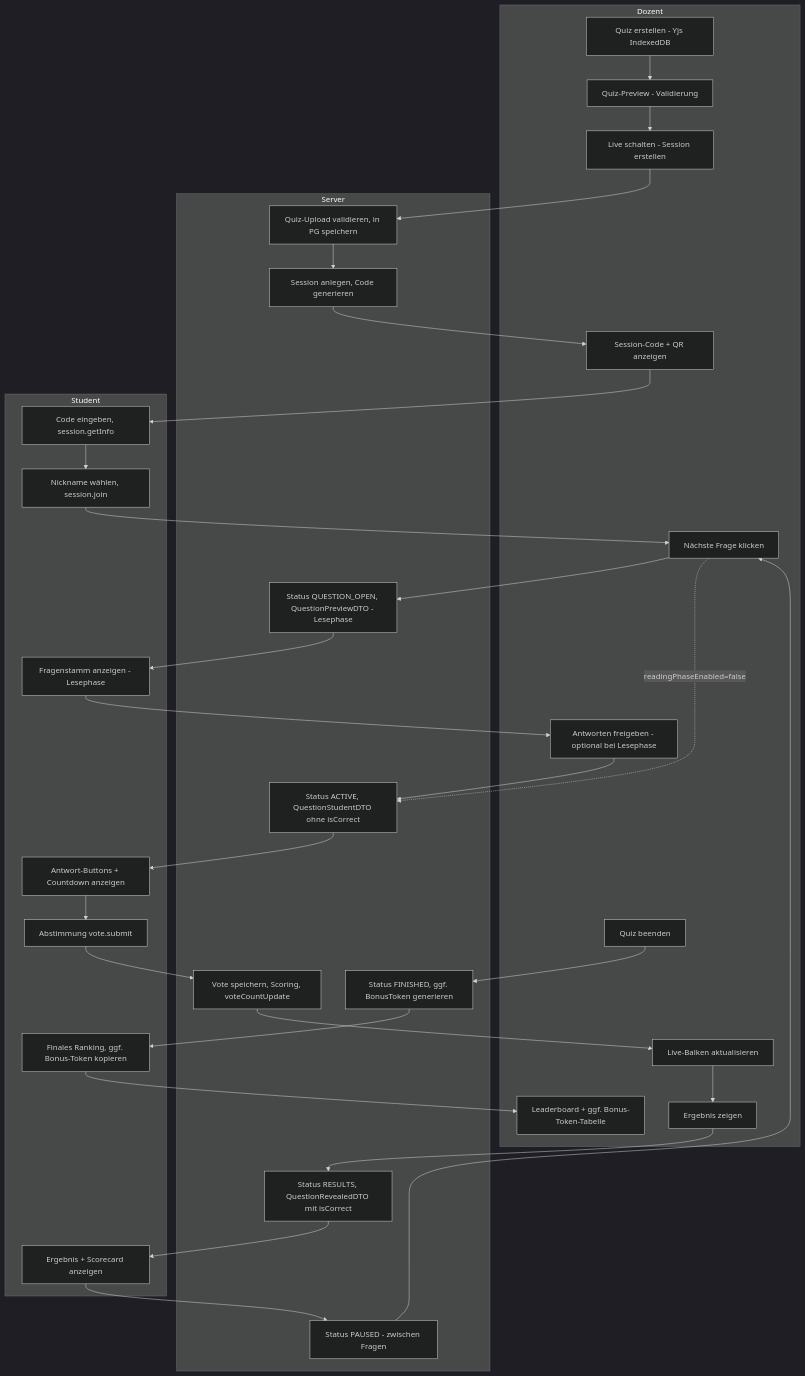
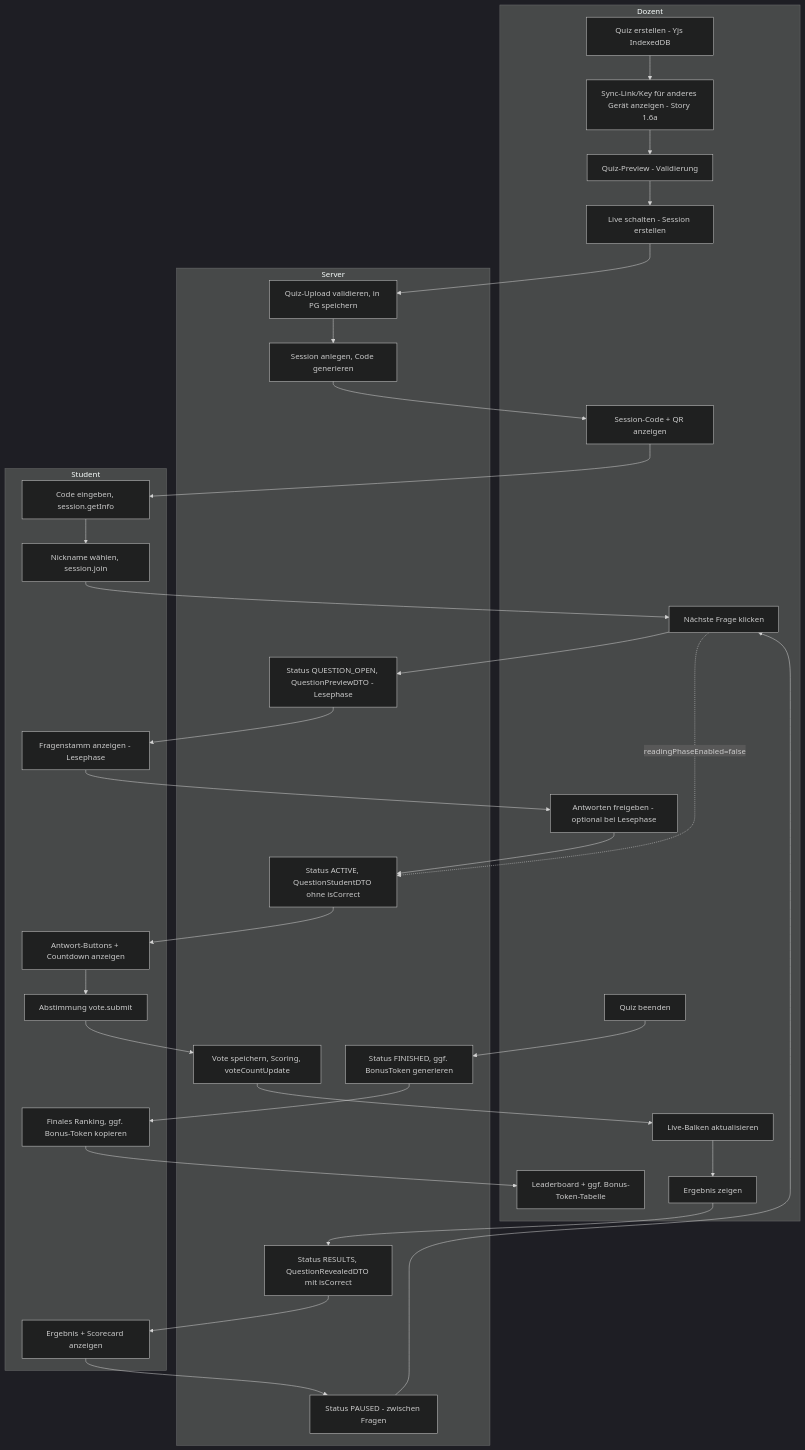
One commit to arsnova-dev/arsnova-click-v3 changed the sixth of 6 diagrams in docs/diagrams/diagrams.md. Above: the diagram before and after it, drawn with Mermaid (dark theme). The commit also changed other lines of this file and 4 other files, not shown here.

Commit message:
docs: update backlog and architecture documentation to include Sync-Link feature for cross-device quiz access

````diff
--- a/docs/diagrams/diagrams.md
+++ b/docs/diagrams/diagrams.md
@@ -448,58 +456,60 @@
 ```mermaid
 flowchart TB
     subgraph Dozent["Dozent"]
         D1[Quiz erstellen - Yjs IndexedDB]
+        D1a[Sync-Link/Key für anderes Gerät anzeigen - Story 1.6a]
         D2[Quiz-Preview - Validierung]
         D3[Live schalten - Session erstellen]
         D4[Session-Code + QR anzeigen]
         D5[Nächste Frage klicken]
         D5b[Antworten freigeben - optional bei Lesephase]
         D6[Ergebnis zeigen]
         D7[Live-Balken aktualisieren]
         D8[Quiz beenden]
         D9[Leaderboard + ggf. Bonus-Token-Tabelle]
     end
 
     subgraph Server["Server"]
         S1[Quiz-Upload validieren, in PG speichern]
         S2[Session anlegen, Code generieren]
         S3a[Status QUESTION_OPEN, QuestionPreviewDTO - Lesephase]
         S3b[Status ACTIVE, QuestionStudentDTO ohne isCorrect]
         S4[Vote speichern, Scoring, voteCountUpdate]
         S5[Status RESULTS, QuestionRevealedDTO mit isCorrect]
         S5b[Status PAUSED - zwischen Fragen]
         S6[Status FINISHED, ggf. BonusToken generieren]
     end
 
     subgraph Student["Student"]
         ST1[Code eingeben, session.getInfo]
         ST2[Nickname wählen, session.join]
         ST3a[Fragenstamm anzeigen - Lesephase]
         ST3b[Antwort-Buttons + Countdown anzeigen]
         ST4[Abstimmung vote.submit]
         ST5[Ergebnis + Scorecard anzeigen]
         ST6[Finales Ranking, ggf. Bonus-Token kopieren]
     end
 
-    D1 --> D2 --> D3
+    D1 --> D1a
+    D1a --> D2 --> D3
     D3 --> S1 --> S2
     S2 --> D4
     D4 --> ST1 --> ST2
     ST2 --> D5
     D5 --> S3a
     D5 -.->|readingPhaseEnabled=false| S3b
     S3a --> ST3a
     ST3a --> D5b
     D5b --> S3b
     S3b --> ST3b --> ST4
     ST4 --> S4
     S4 --> D7
     D7 --> D6
     D6 --> S5
     S5 --> ST5
     ST5 --> S5b
     S5b --> D5
     D8 --> S6
     S6 --> ST6
     ST6 --> D9
 ```
````
